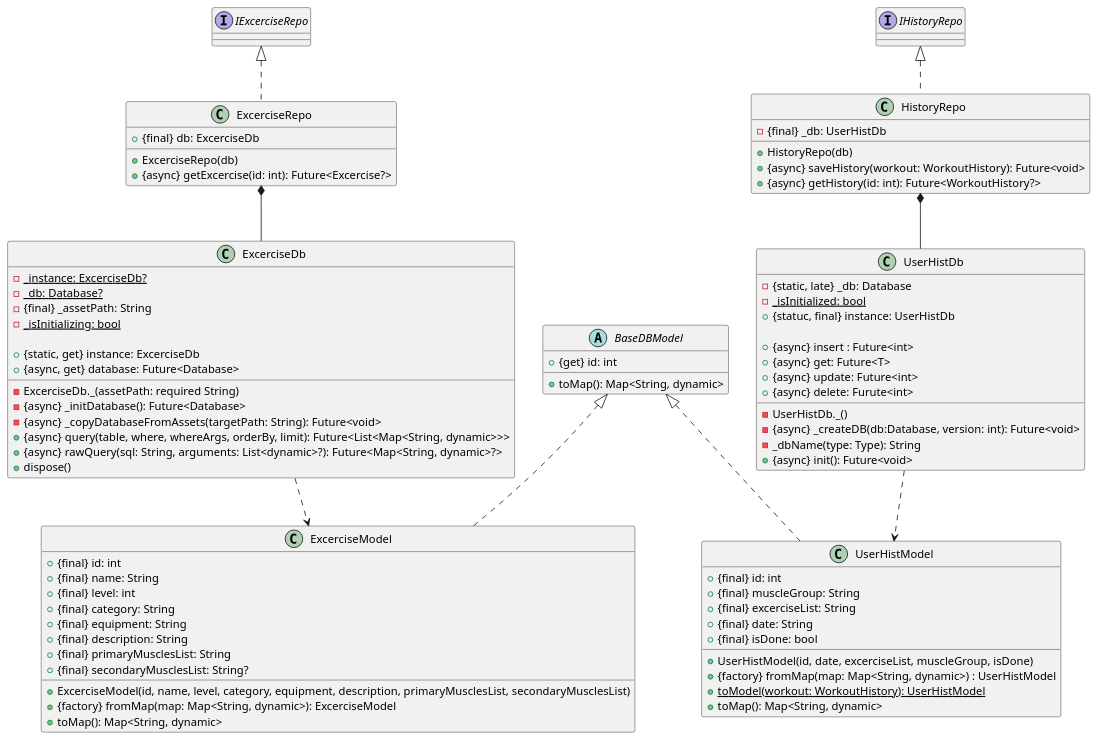
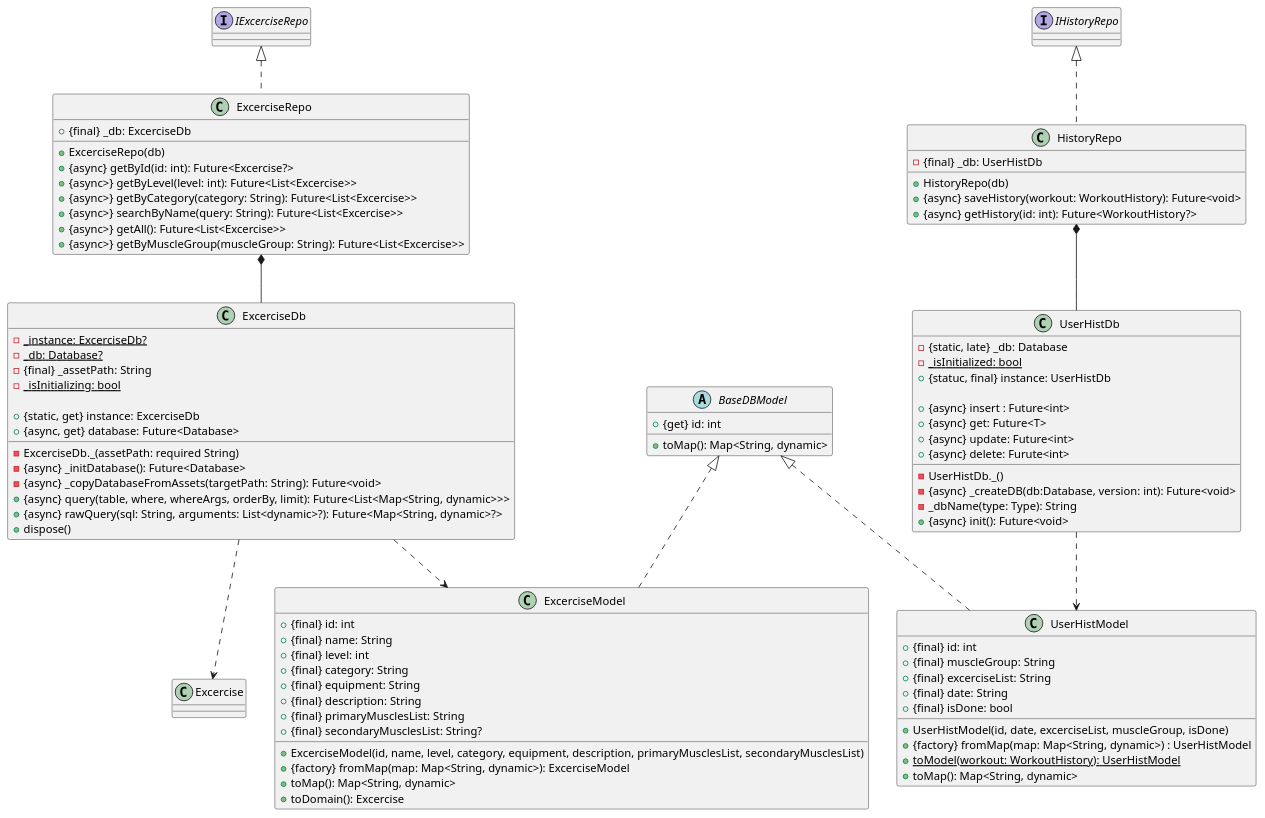
The diagram in user_db.puml (KATTSS/Workout_planner), drawn with PlantUML before and after one commit. The commit also changed 7 other files, not shown here.

```diff
--- a/user_db.puml
+++ b/user_db.puml
@@ -1,91 +1,98 @@
 @startuml User_DB
 
 class UserHistDb {
     - {static, late} _db: Database
     - {static} _isInitialized: bool
     + {statuc, final} instance: UserHistDb
 
     - UserHistDb._()
     - {async} _createDB(db:Database, version: int): Future<void>
     - _dbName(type: Type): String
     + {async} init(): Future<void>
     + {async} insert : Future<int>
     + {async} get: Future<T>
     + {async} update: Future<int>
     + {async} delete: Furute<int>
 }
 
 class ExcerciseDb {
     - {static} _instance: ExcerciseDb? 
     - {static} _db: Database? 
     - {final} _assetPath: String 
     - {static} _isInitializing: bool 
 
     + {static, get} instance: ExcerciseDb
     + {async, get} database: Future<Database>
 
     - ExcerciseDb._(assetPath: required String)
     - {async} _initDatabase(): Future<Database> 
     - {async} _copyDatabaseFromAssets(targetPath: String): Future<void>
     + {async} query(table, where, whereArgs, orderBy, limit): Future<List<Map<String, dynamic>>>
     + {async} rawQuery(sql: String, arguments: List<dynamic>?): Future<Map<String, dynamic>?>
     + dispose()
 
 }
 
 UserHistDb ..> UserHistModel
 ExcerciseDb ..> ExcerciseModel 
+ExcerciseDb ..> Excercise
 
 abstract class BaseDBModel {
     + {get} id: int
 
     + toMap(): Map<String, dynamic>
 }
 
 class UserHistModel implements BaseDBModel {
     + {final} id: int
     + {final} muscleGroup: String
     + {final} excerciseList: String
     + {final} date: String
     + {final} isDone: bool
 
     + UserHistModel(id, date, excerciseList, muscleGroup, isDone)
     + {factory} fromMap(map: Map<String, dynamic>) : UserHistModel
     + {static} toModel(workout: WorkoutHistory): UserHistModel
     + toMap(): Map<String, dynamic>
 }
 
 class ExcerciseModel implements BaseDBModel {
     + {final} id: int
     + {final} name: String
     + {final} level: int 
     + {final} category: String 
     + {final} equipment: String 
     + {final} description: String 
     + {final} primaryMusclesList: String 
     + {final} secondaryMusclesList: String? 
 
     + ExcerciseModel(id, name, level, category, equipment, description, primaryMusclesList, secondaryMusclesList)
     + {factory} fromMap(map: Map<String, dynamic>): ExcerciseModel
     + toMap(): Map<String, dynamic>
+    + toDomain(): Excercise
 }
 
 
 class HistoryRepo implements IHistoryRepo {
     - {final} _db: UserHistDb
 
     + HistoryRepo(db)
     + {async} saveHistory(workout: WorkoutHistory): Future<void>
     + {async} getHistory(id: int): Future<WorkoutHistory?>
 }
 
 class ExcerciseRepo implements IExcerciseRepo {
-    + {final} db: ExcerciseDb 
+    + {final} _db: ExcerciseDb 
 
     + ExcerciseRepo(db)
-    + {async} getExcercise(id: int): Future<Excercise?>
+    + {async} getById(id: int): Future<Excercise?>
+    + {async>} getByLevel(level: int): Future<List<Excercise>>
+    + {async>} getByCategory(category: String): Future<List<Excercise>>
+    + {async>} searchByName(query: String): Future<List<Excercise>>
+    + {async>} getAll(): Future<List<Excercise>>
+    + {async>} getByMuscleGroup(muscleGroup: String): Future<List<Excercise>>
 }
 
 HistoryRepo *-- UserHistDb
 ExcerciseRepo *-- ExcerciseDb
 @enduml
```
